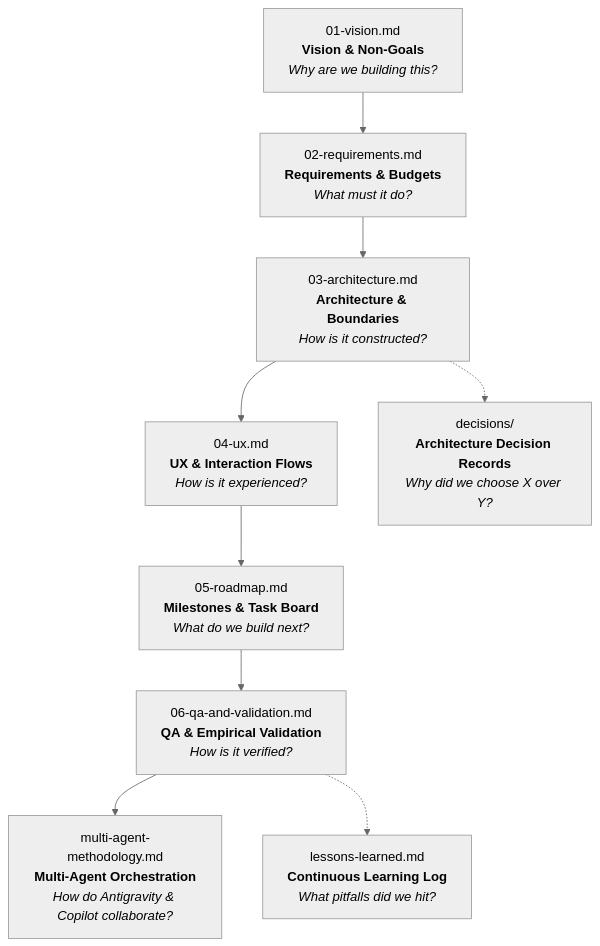
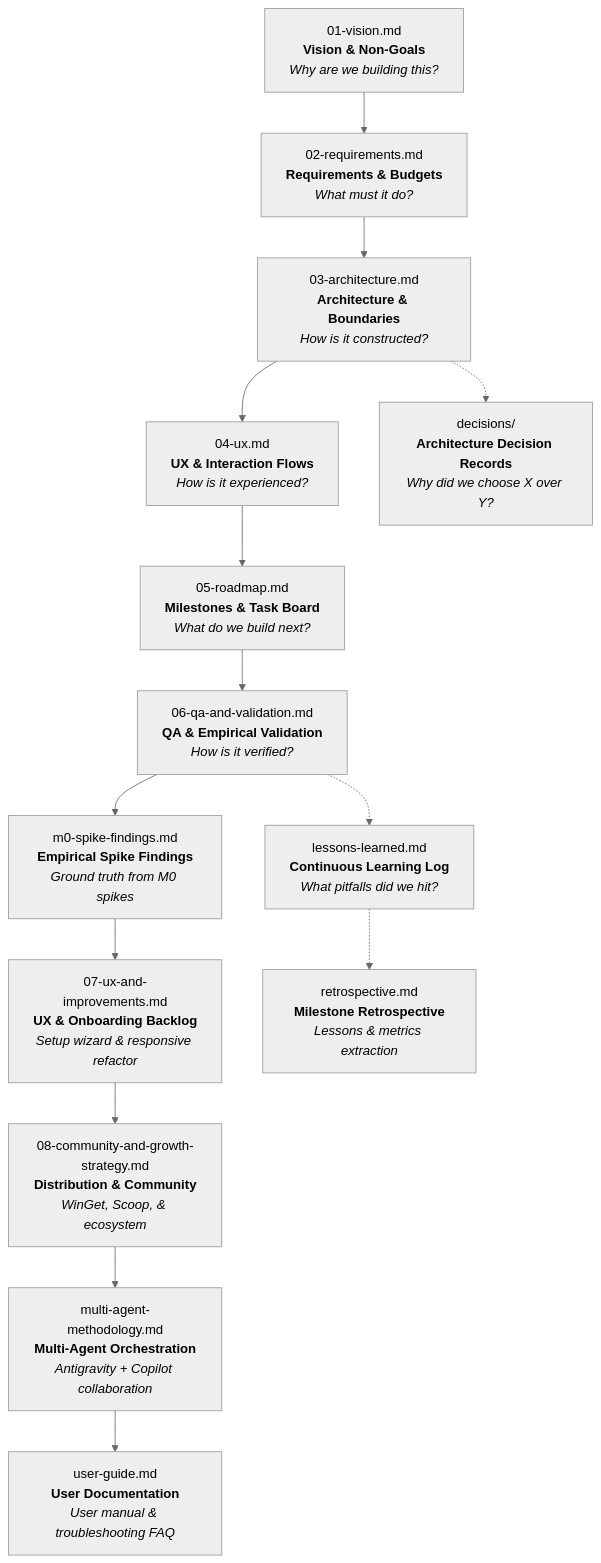
Before and after one commit to DooperDrew/project-template: the diagram in docs/README.md, drawn with Mermaid (neutral theme). The commit also changed other lines of this file and 18 other files, not shown here.

````diff
--- a/docs/README.md
+++ b/docs/README.md
@@ -13,21 +13,31 @@
 ```mermaid
 flowchart TD
     D1["01-vision.md<br/><b>Vision & Non-Goals</b><br/><i>Why are we building this?</i>"]
     D2["02-requirements.md<br/><b>Requirements & Budgets</b><br/><i>What must it do?</i>"]
     D3["03-architecture.md<br/><b>Architecture & Boundaries</b><br/><i>How is it constructed?</i>"]
     D4["04-ux.md<br/><b>UX & Interaction Flows</b><br/><i>How is it experienced?</i>"]
     D5["05-roadmap.md<br/><b>Milestones & Task Board</b><br/><i>What do we build next?</i>"]
     D6["06-qa-and-validation.md<br/><b>QA & Empirical Validation</b><br/><i>How is it verified?</i>"]
-    METH["multi-agent-methodology.md<br/><b>Multi-Agent Orchestration</b><br/><i>How do Antigravity & Copilot collaborate?</i>"]
+    SPK["m0-spike-findings.md<br/><b>Empirical Spike Findings</b><br/><i>Ground truth from M0 spikes</i>"]
+    D7["07-ux-and-improvements.md<br/><b>UX & Onboarding Backlog</b><br/><i>Setup wizard & responsive refactor</i>"]
+    D8["08-community-and-growth-strategy.md<br/><b>Distribution & Community</b><br/><i>WinGet, Scoop, & ecosystem</i>"]
+    METH["multi-agent-methodology.md<br/><b>Multi-Agent Orchestration</b><br/><i>Antigravity + Copilot collaboration</i>"]
+    UG["user-guide.md<br/><b>User Documentation</b><br/><i>User manual & troubleshooting FAQ</i>"]
     ADR["decisions/<br/><b>Architecture Decision Records</b><br/><i>Why did we choose X over Y?</i>"]
     LL["lessons-learned.md<br/><b>Continuous Learning Log</b><br/><i>What pitfalls did we hit?</i>"]
+    RETRO["retrospective.md<br/><b>Milestone Retrospective</b><br/><i>Lessons & metrics extraction</i>"]
 
     D1 --> D2
     D2 --> D3
     D3 --> D4
     D4 --> D5
     D5 --> D6
-    D6 --> METH
+    D6 --> SPK
+    SPK --> D7
+    D7 --> D8
+    D8 --> METH
+    METH --> UG
     D3 -.-> ADR
     D6 -.-> LL
+    LL -.-> RETRO
 ```
````
